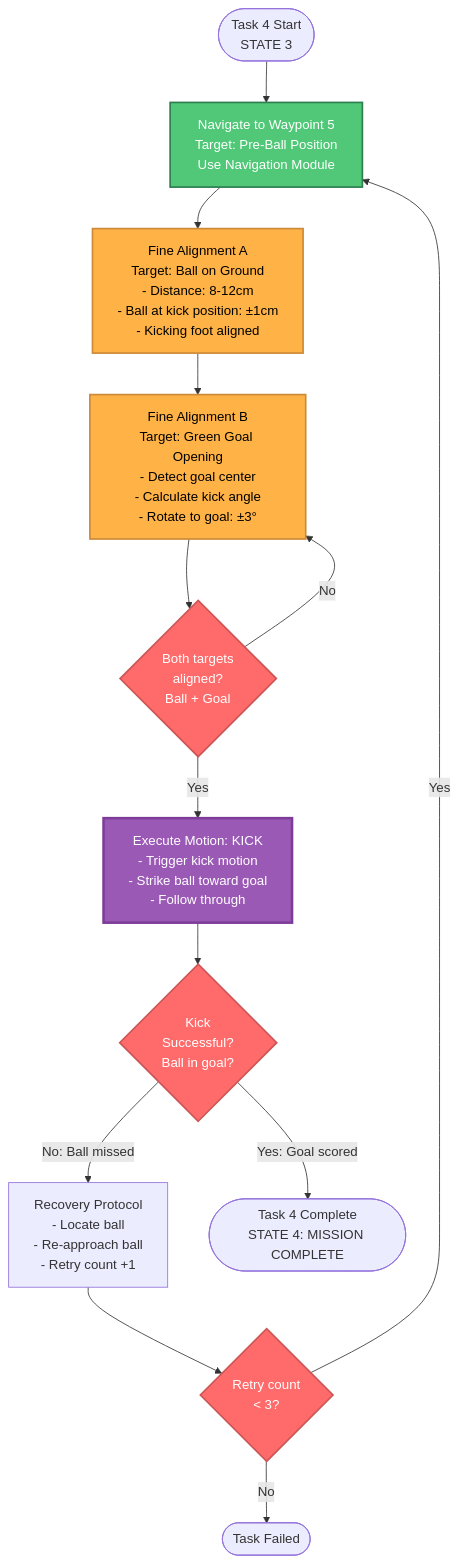
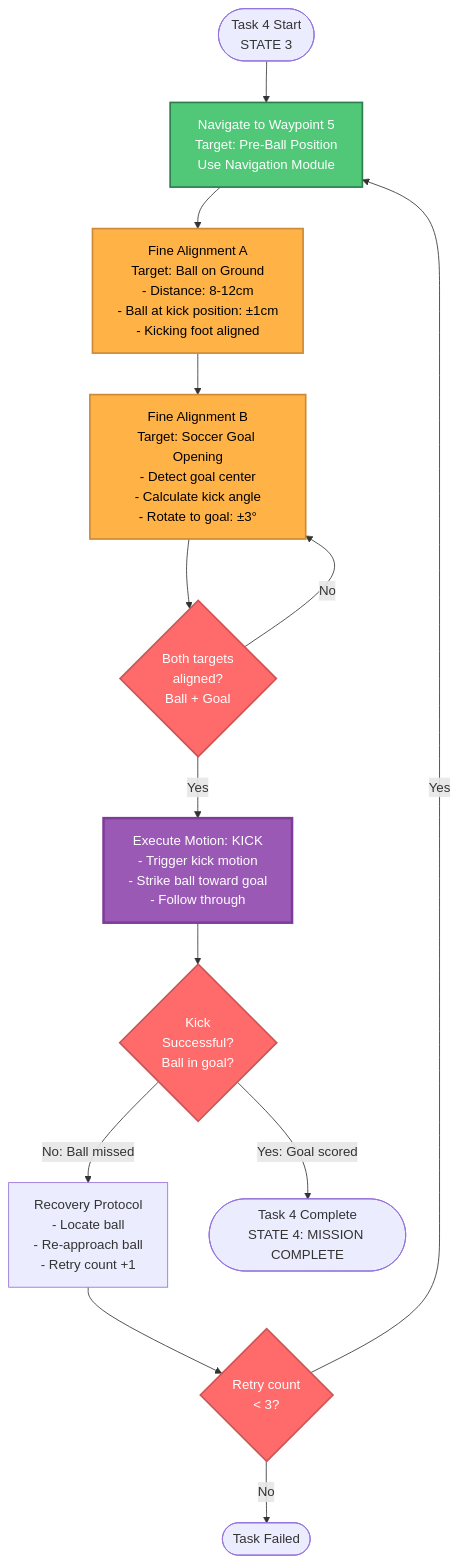
Before and after one commit to RHplusLab/RHplusLab.github.io: the seventh of 7 diagrams in docs/task/index.md, drawn with Mermaid. The commit also changed other lines of this file and 19 other files, not shown here.

````diff
--- a/docs/task/index.md
+++ b/docs/task/index.md
@@ -213,24 +202,24 @@
     ```mermaid
     flowchart TD
         Start([Task 4 Start<br/>STATE 3]) --> Nav1[Navigate to Waypoint 5<br/>Target: Pre-Ball Position<br/>Use Navigation Module]
         Nav1 --> Align1[Fine Alignment A<br/>Target: Ball on Ground<br/>- Distance: 8-12cm<br/>- Ball at kick position: ±1cm<br/>- Kicking foot aligned]
-        Align1 --> Align2[Fine Alignment B<br/>Target: Green Goal Opening<br/>- Detect goal center<br/>- Calculate kick angle<br/>- Rotate to goal: ±3°]
+        Align1 --> Align2[Fine Alignment B<br/>Target: Soccer Goal Opening<br/>- Detect goal center<br/>- Calculate kick angle<br/>- Rotate to goal: ±3°]
         Align2 --> Verify{Both targets<br/>aligned?<br/>Ball + Goal}
         Verify -->|No| Align2
         Verify -->|Yes| Execute[Execute Motion: KICK<br/>- Trigger kick motion<br/>- Strike ball toward goal<br/>- Follow through]
         Execute --> Check{Kick<br/>Successful?<br/>Ball in goal?}
         Check -->|No: Ball missed| Recover[Recovery Protocol<br/>- Locate ball<br/>- Re-approach ball<br/>- Retry count +1]
         Recover --> MaxRetry{Retry count<br/>< 3?}
         MaxRetry -->|No| Fail([Task Failed])
         MaxRetry -->|Yes| Nav1
         Check -->|Yes: Goal scored| Complete([Task 4 Complete<br/>STATE 4: MISSION COMPLETE])
 
         classDef navClass fill:#50C878,stroke:#2E7D4E,stroke-width:2px,color:#fff
         classDef alignClass fill:#FFB347,stroke:#CC8A38,stroke-width:2px,color:#000
         classDef execClass fill:#9B59B6,stroke:#7D3C98,stroke-width:3px,color:#fff
         classDef checkClass fill:#FF6B6B,stroke:#CC5555,stroke-width:2px,color:#fff
         class Nav1 navClass
         class Align1,Align2 alignClass
         class Execute execClass
         class Verify,Check,MaxRetry checkClass
     ```
````
